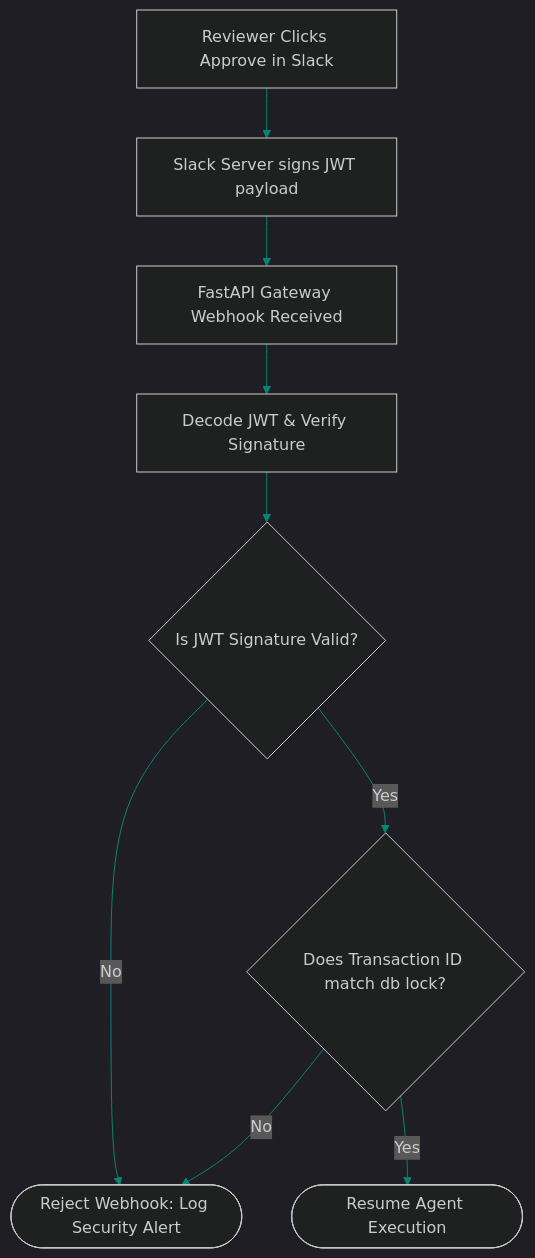
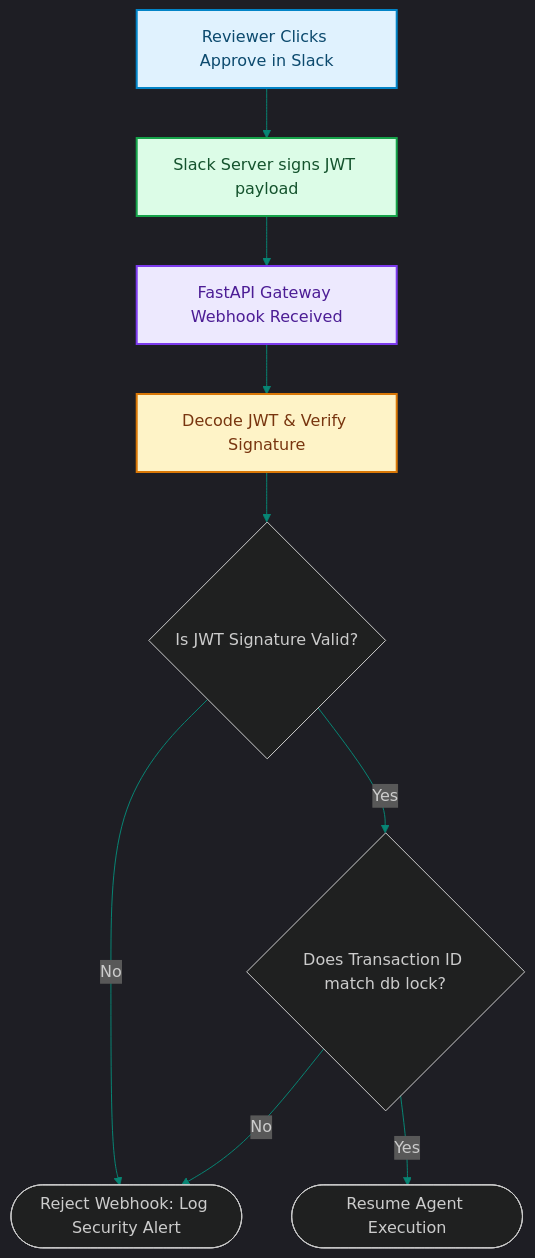
Before and after one commit to akmalkhaniub/akmalkhaniub.github.io: the diagram in blog/posts/hitl-state-machine-jwt-verified-approval-gates.md, drawn with Mermaid. The commit also changed other lines of this file and 1291 other files, not shown here.

First line of the commit message:
feat(catalog): unique covers, scholarly references, and diagram palettes

````diff
--- a/blog/posts/hitl-state-machine-jwt-verified-approval-gates.md
+++ b/blog/posts/hitl-state-machine-jwt-verified-approval-gates.md
@@ -18,15 +18,25 @@
 ```mermaid
 %%{init: {'theme': 'dark', 'themeVariables': { 'primaryColor': '#088574', 'primaryTextColor': '#f3f4f6', 'primaryBorderColor': '#0db49b', 'lineColor': '#088574', 'secondaryColor': '#111827', 'tertiaryColor': '#0b0f19'}}}%%
 flowchart TD
-    Click[Reviewer Clicks Approve in Slack] --> Slack[Slack Server signs JWT payload]
-    Slack --> Callback[FastAPI Gateway Webhook Received]
+    Click["Reviewer Clicks Approve in Slack"] --> Slack["Slack Server signs JWT payload"]
+    Slack --> Callback["FastAPI Gateway Webhook Received"]
     
-    Callback --> Decode[Decode JWT & Verify Signature]
+    Callback --> Decode["Decode JWT & Verify Signature"]
     Decode --> Validate{Is JWT Signature Valid?}
     
     Validate -->|No| Reject([Reject Webhook: Log Security Alert])
     Validate -->|Yes| Match{Does Transaction ID match db lock?}
     
     Match -->|No| Reject
     Match -->|Yes| Resume([Resume Agent Execution])
+
+classDef green fill:#dcfce7,stroke:#16a34a,stroke-width:2px,color:#14532d;
+classDef red fill:#fee2e2,stroke:#dc2626,stroke-width:2px,color:#7f1d1d;
+classDef blue fill:#e0f2fe,stroke:#0284c7,stroke-width:2px,color:#0c4a6e;
+classDef yellow fill:#fef3c7,stroke:#d97706,stroke-width:2px,color:#78350f;
+classDef purple fill:#ede9fe,stroke:#7c3aed,stroke-width:2px,color:#4c1d95;
+class Click blue
+class Slack green
+class Callback purple
+class Decode yellow
 ```
````
